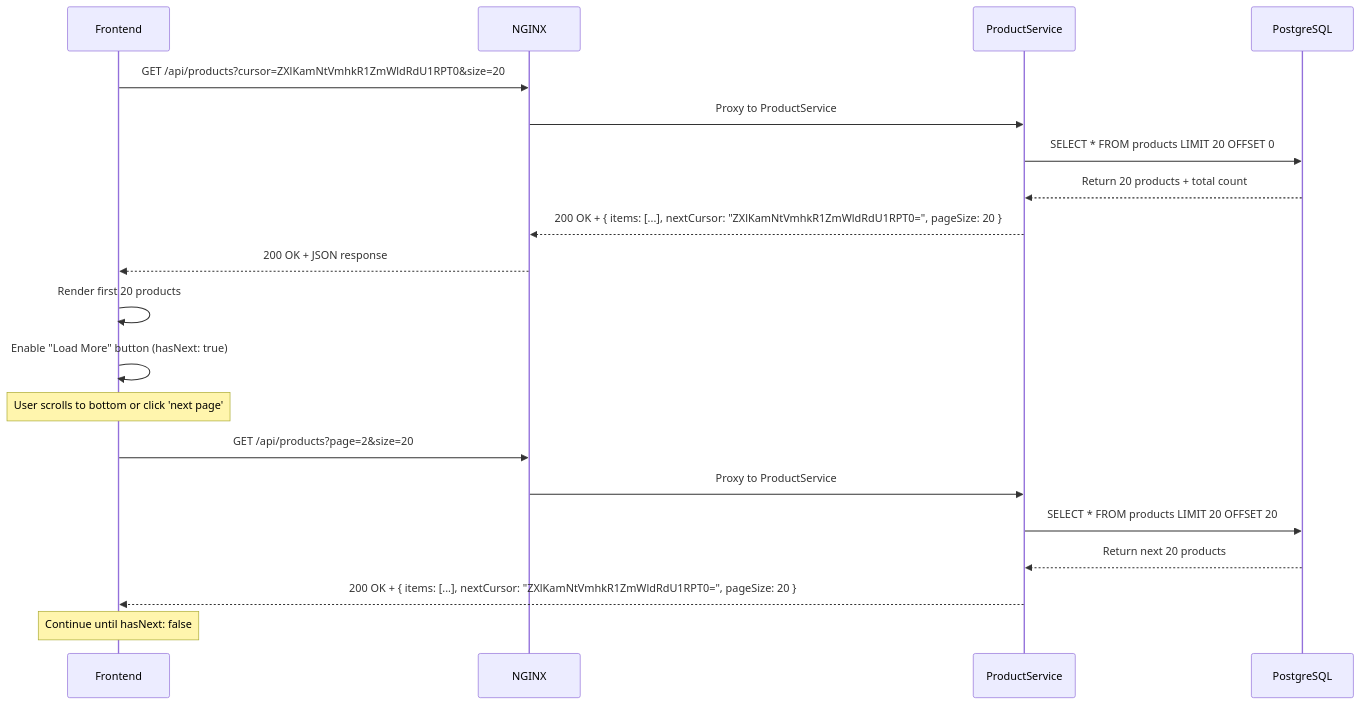
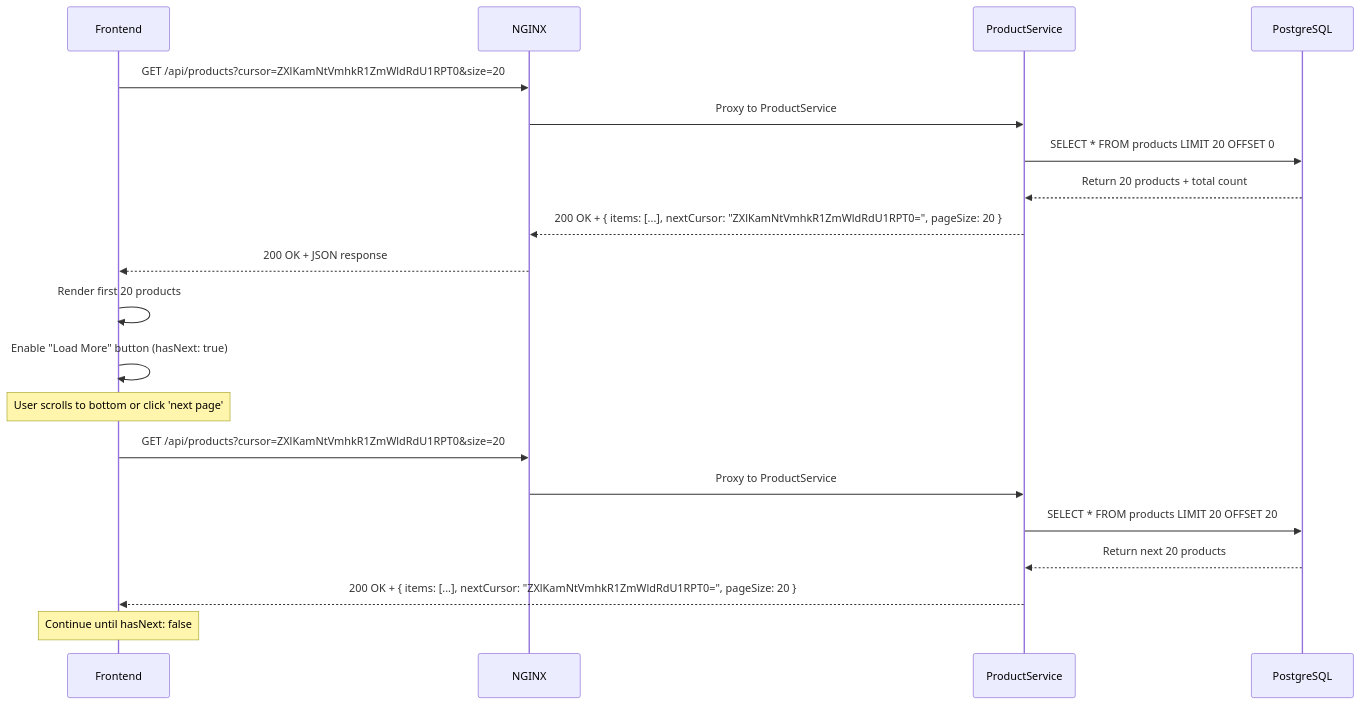
The diagram in docs/Sequence diagrams/Get Products.md (Goluboy/OzonMarketplace), drawn with Mermaid before and after one commit.

Commit message:
Update Get Products.md

````diff
--- a/docs/Sequence diagrams/Get Products.md
+++ b/docs/Sequence diagrams/Get Products.md
@@ -1,29 +1,29 @@
 ``` mermaid
 sequenceDiagram
     participant Frontend
     participant NGINX
     participant ProductService
     participant PostgreSQL
 
     Frontend->>NGINX: GET /api/products?cursor=ZXlKamNtVmhkR1ZmWldRdU1RPT0&size=20
     NGINX->>ProductService: Proxy to ProductService
     
     ProductService->>PostgreSQL: SELECT * FROM products LIMIT 20 OFFSET 0
     PostgreSQL-->>ProductService: Return 20 products + total count
     ProductService-->>NGINX: 200 OK + { items: [...], nextCursor: "ZXlKamNtVmhkR1ZmWldRdU1RPT0=", pageSize: 20 }
     NGINX-->>Frontend: 200 OK + JSON response
     
     Frontend->>Frontend: Render first 20 products
     Frontend->>Frontend: Enable "Load More" button (hasNext: true)
     
     Note over Frontend: User scrolls to bottom or click 'next page'
     
-    Frontend->>NGINX: GET /api/products?page=2&size=20
+    Frontend->>NGINX: GET /api/products?cursor=ZXlKamNtVmhkR1ZmWldRdU1RPT0&size=20
     NGINX->>ProductService: Proxy to ProductService
     ProductService->>PostgreSQL: SELECT * FROM products LIMIT 20 OFFSET 20
     PostgreSQL-->>ProductService: Return next 20 products
     ProductService-->>Frontend: 200 OK + { items: [...], nextCursor: "ZXlKamNtVmhkR1ZmWldRdU1RPT0=", pageSize: 20 }
     
     Note over Frontend: Continue until hasNext: false
     
 ```
````
